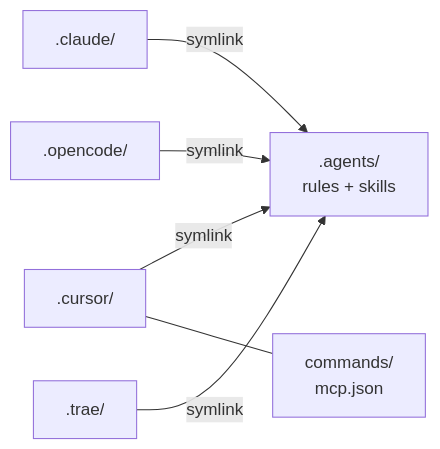
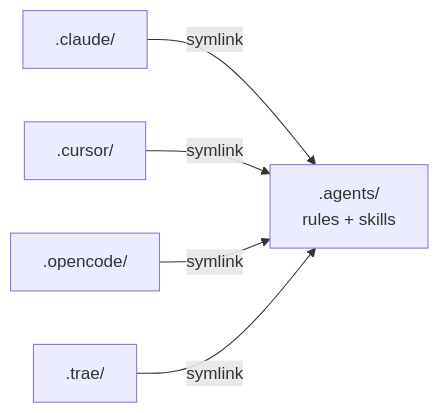
Before and after one commit to Colouful/br-ai-spec: the second of 2 diagrams in README.md, drawn with Mermaid. The commit also changed other lines of this file and 177 other files, not shown here.

````diff
--- a/README.md
+++ b/README.md
@@ -61,17 +87,13 @@
 ```mermaid
 graph LR
     Agents[".agents/<br/>rules + skills"]
-
     Claude[".claude/"]
     Cursor[".cursor/"]
     OpenCode[".opencode/"]
     Trae[".trae/"]
 
     Claude -->|symlink| Agents
     Cursor -->|symlink| Agents
     OpenCode -->|symlink| Agents
     Trae -->|symlink| Agents
-
-    CursorExtras["commands/<br/>mcp.json"]
-    Cursor --- CursorExtras
 ```
````
